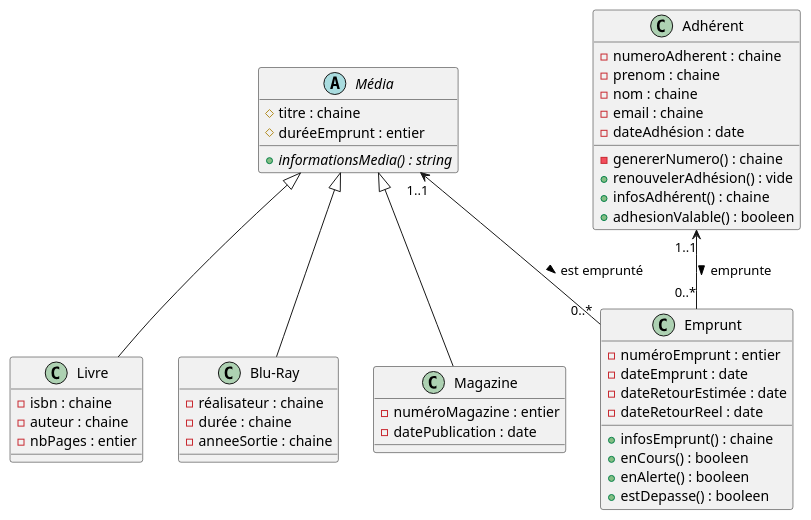
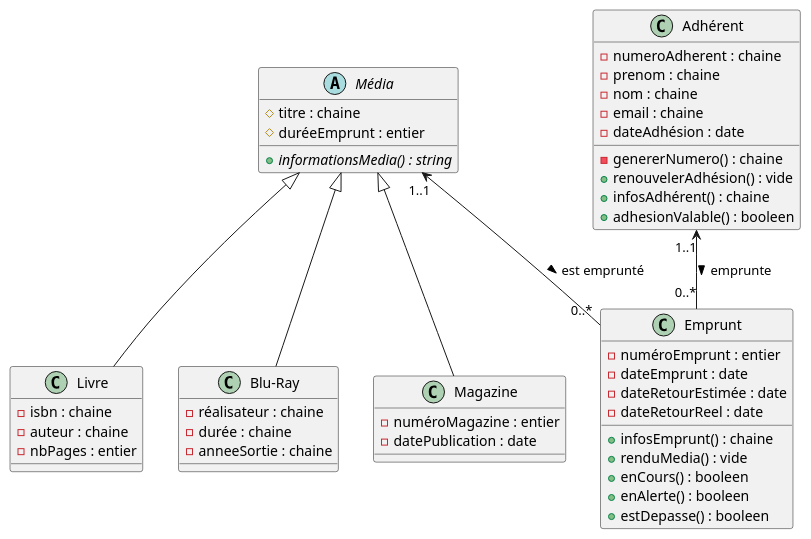
Before and after one commit to thogio8/php-bibliotheque: the diagram in documentation/diagrammeDeClasse.puml, drawn with PlantUML. The commit also changed 3 other files, not shown here.

```diff
--- a/documentation/diagrammeDeClasse.puml
+++ b/documentation/diagrammeDeClasse.puml
@@ -1,56 +1,57 @@
 @startuml
 
 abstract class "Média" as M{
     # titre : chaine
     # duréeEmprunt : entier
     + {abstract} informationsMedia() : string
 }
 
 class "Livre" as L{
     - isbn : chaine
     - auteur : chaine
     - nbPages : entier
 }
 
 class "Blu-Ray" as BR{
     - réalisateur : chaine
     - durée : chaine
     - anneeSortie : chaine
 }
 
 class "Magazine" as Ma{
     - numéroMagazine : entier
     - datePublication : date
 }
 
 class "Adhérent" as A{
     - numeroAdherent : chaine
     - prenom : chaine
     - nom : chaine
     - email : chaine
     - dateAdhésion : date
     - genererNumero() : chaine
     + renouvelerAdhésion() : vide
     + infosAdhérent() : chaine
     + adhesionValable() : booleen
 }
 
 class "Emprunt" as E{
     - numéroEmprunt : entier
     - dateEmprunt : date
     - dateRetourEstimée : date
     - dateRetourReel : date
     + infosEmprunt() : chaine
+    + renduMedia() : vide
     + enCours() : booleen
     + enAlerte() : booleen
     + estDepasse() : booleen
 }
 
 M <|-- L
 M <|-- BR
 M <|-- Ma
 M "1..1" <-- "              0..*"E : est emprunté >
 A "1..1" <-- "0..*"E : emprunte >
 
 
 @enduml
```
